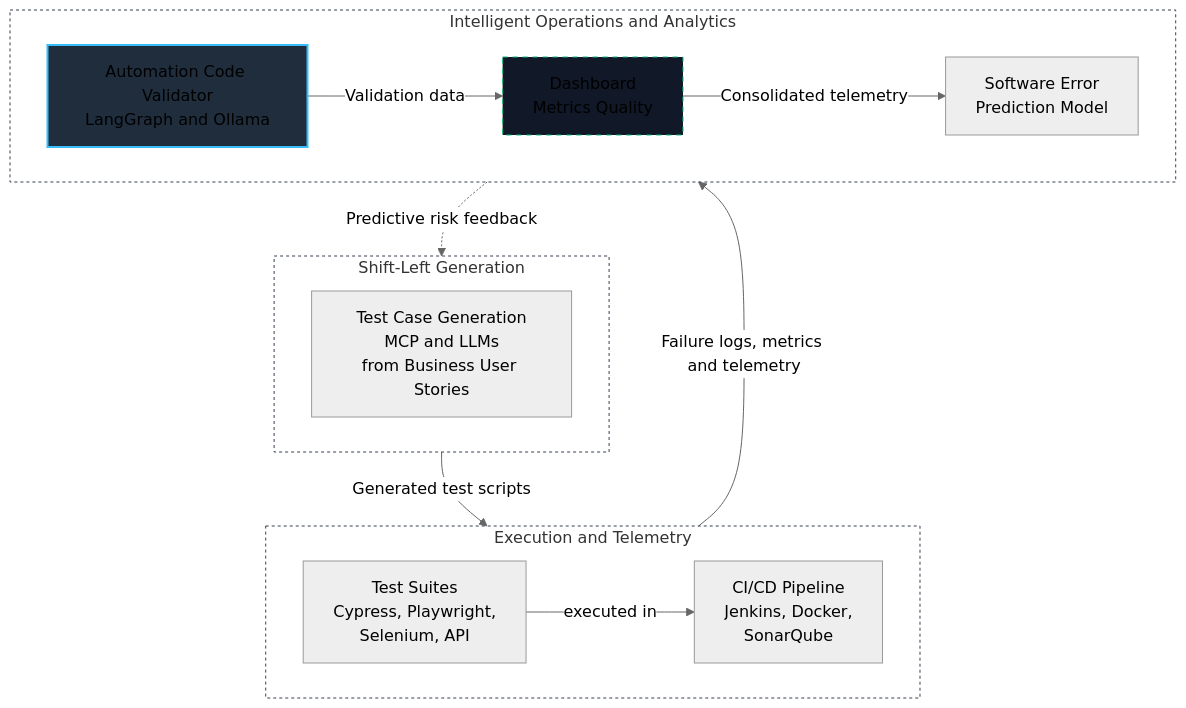
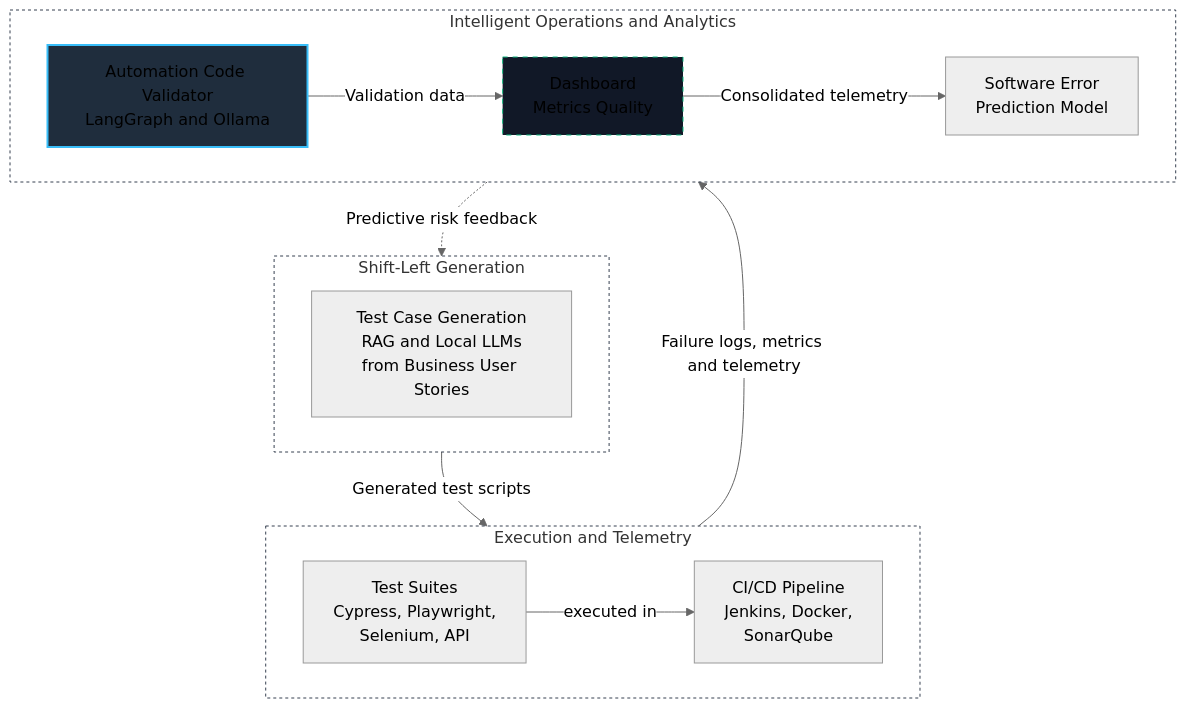
Before and after one commit to acorvello/acorvello: the diagram in README.md, drawn with Mermaid (neutral theme). The commit also changed other lines of this file, not shown here.

````diff
--- a/README.md
+++ b/README.md
@@ -66,27 +66,27 @@
 ```mermaid
 flowchart TB
     subgraph L1 ["Shift-Left Generation"]
-        Gen["Test Case Generation<br/>MCP and LLMs<br/>from Business User Stories"]
+        Gen["Test Case Generation<br/>RAG and Local LLMs<br/>from Business User Stories"]
     end
 
     subgraph L2 ["Execution and Telemetry"]
         direction LR
         Suites["Test Suites<br/>Cypress, Playwright,<br/>Selenium, API"] -->|"executed in"| Infra["CI/CD Pipeline<br/>Jenkins, Docker,<br/>SonarQube"]
     end
 
     subgraph L3 ["Intelligent Operations and Analytics"]
         direction LR
         ACV["Automation Code Validator<br/>LangGraph and Ollama"] -->|"Validation data"| Dash["Dashboard<br/>Metrics Quality"]
         Dash -->|"Consolidated telemetry"| Pred["Software Error<br/>Prediction Model"]
     end
 
     L1 -->|"Generated test scripts"| L2
     L2 -->|"Failure logs, metrics and telemetry"| L3
     L3 -.->|"Predictive risk feedback"| L1
 
     style ACV fill:#1f2d3d,stroke:#38bdf8,stroke-width:2px
     style Dash fill:#111827,stroke:#10b981,stroke-width:1px,stroke-dasharray: 5 5
     style L1 fill:transparent,stroke:#374151,stroke-width:1px,stroke-dasharray: 3 3
     style L2 fill:transparent,stroke:#374151,stroke-width:1px,stroke-dasharray: 3 3
     style L3 fill:transparent,stroke:#374151,stroke-width:1px,stroke-dasharray: 3 3
 ```
````
